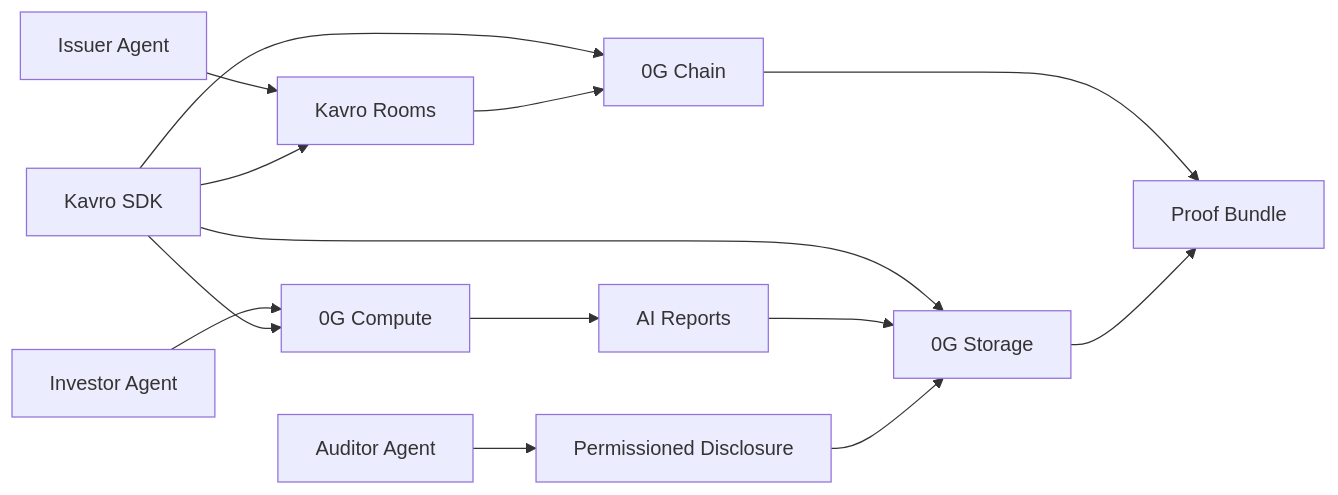
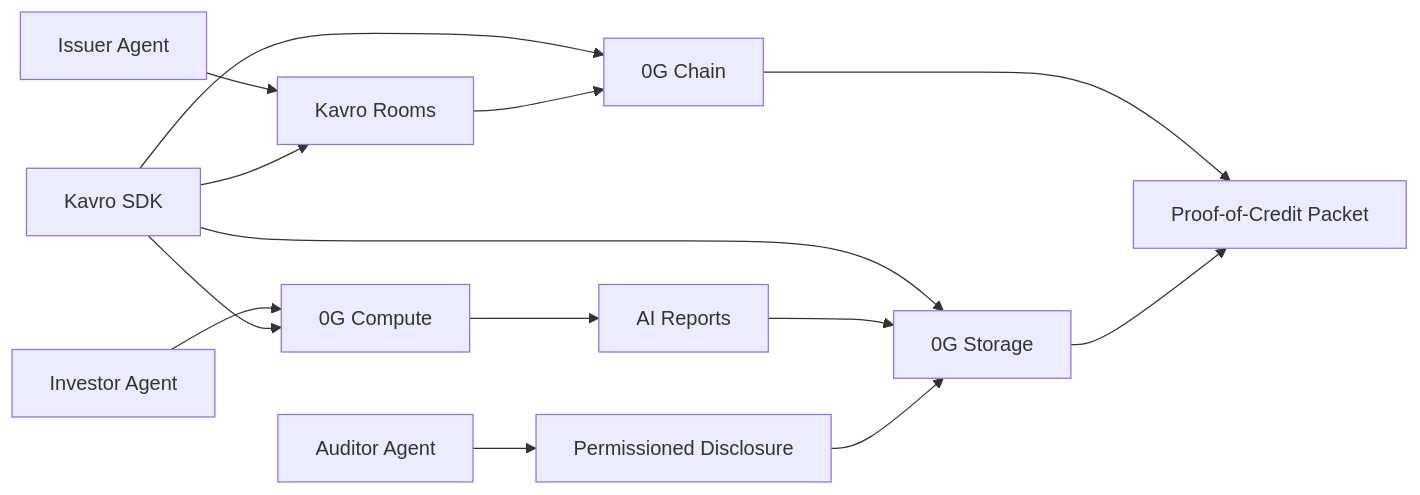
One commit to karagozemin/Kavro-Protocol changed the first of 2 diagrams in README.md. Above: the diagram before and after it, drawn with Mermaid. The commit also changed other lines of this file and 23 other files, not shown here.

````diff
--- a/README.md
+++ b/README.md
@@ -37,16 +37,16 @@
 ```mermaid
 flowchart LR
   Issuer[Issuer Agent] --> Rooms[Kavro Rooms]
   Investor[Investor Agent] --> Compute[0G Compute]
   Auditor[Auditor Agent] --> Disclosure[Permissioned Disclosure]
   SDK[Kavro SDK] --> Rooms
   SDK --> Compute
   SDK --> Storage[0G Storage]
   SDK --> Chain[0G Chain]
   Rooms --> Chain
   Compute --> Reports[AI Reports]
   Reports --> Storage
   Disclosure --> Storage
-  Chain --> Proofs[Proof Bundle]
+  Chain --> Proofs[Proof-of-Credit Packet]
   Storage --> Proofs
 ```
````
